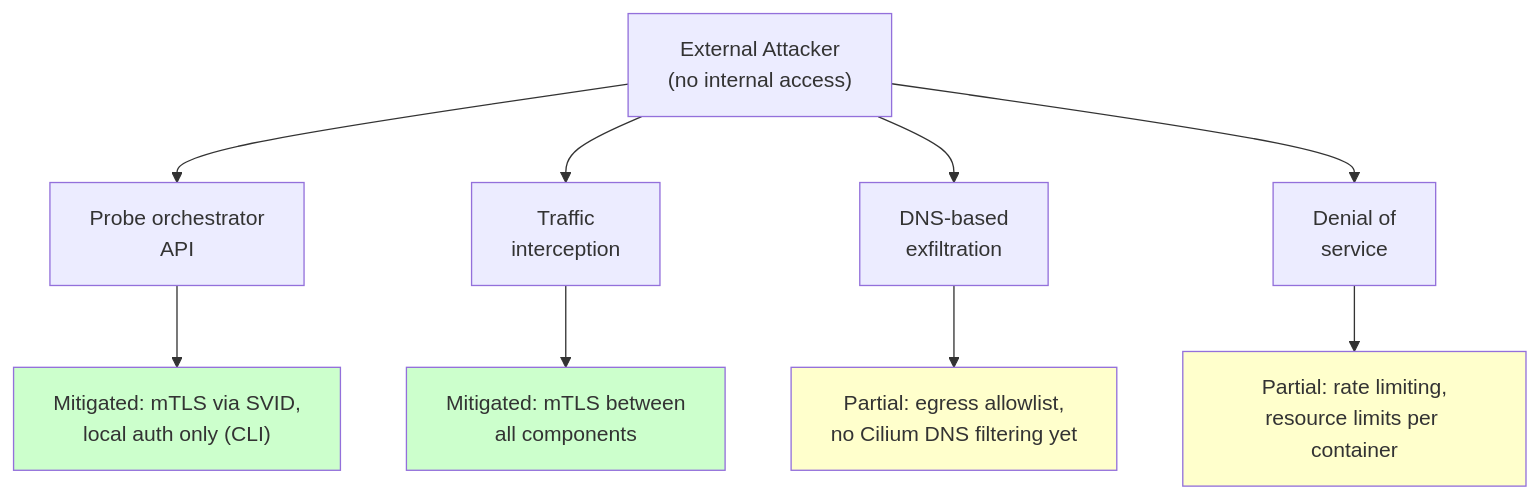
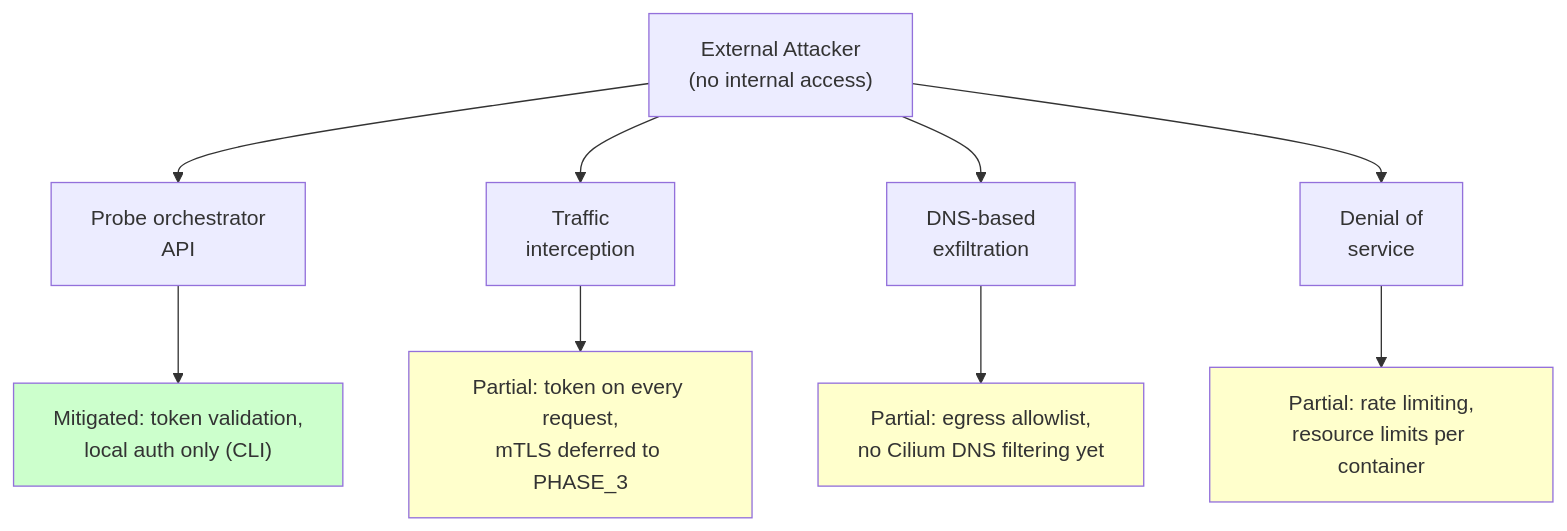
The fourth of 5 diagrams in docs/persona_agentic/PHASE_2/arch-threat-model.md (neverprepared/ink-bunny), drawn with Mermaid before and after one commit. The commit also changed other lines of this file and 17 other files, not shown here.

````diff
--- a/docs/persona_agentic/PHASE_2/arch-threat-model.md
+++ b/docs/persona_agentic/PHASE_2/arch-threat-model.md
@@ -87,19 +87,19 @@
 ```mermaid
 graph TD
     External["External Attacker<br/>(no internal access)"]
 
     External --> ProbeOrch["Probe orchestrator<br/>API"]
     External --> MITM["Traffic<br/>interception"]
     External --> DNSExfil["DNS-based<br/>exfiltration"]
     External --> DenialOfService["Denial of<br/>service"]
 
-    ProbeOrch --> OrchControl["Mitigated: mTLS via SVID,<br/>local auth only (CLI)"]
-    MITM --> MITMControl["Mitigated: mTLS between<br/>all components"]
+    ProbeOrch --> OrchControl["Mitigated: token validation,<br/>local auth only (CLI)"]
+    MITM --> MITMControl["Partial: token on every request,<br/>mTLS deferred to PHASE_3"]
     DNSExfil --> DNSControl["Partial: egress allowlist,<br/>no Cilium DNS filtering yet"]
     DenialOfService --> DoSControl["Partial: rate limiting,<br/>resource limits per container"]
 
     style OrchControl fill:#cfc
-    style MITMControl fill:#cfc
+    style MITMControl fill:#ffc
     style DNSControl fill:#ffc
     style DoSControl fill:#ffc
 ```
````
